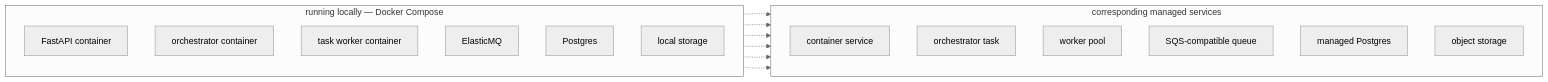
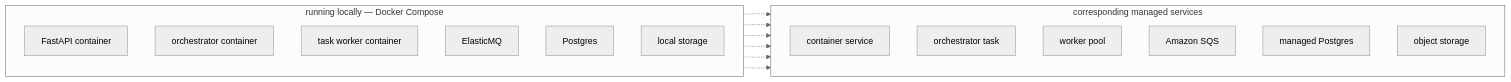
One commit to ebrahimAlhaddad/agentics-multi-agent-system changed the first of 15 diagrams in DESIGN.md. Above: the diagram before and after it, drawn with Mermaid (neutral theme). The commit also changed other lines of this file and 2 other files, not shown here.

````diff
--- a/DESIGN.md
+++ b/DESIGN.md
@@ -139,29 +148,29 @@
 ```mermaid
 flowchart LR
   subgraph LOCAL["running locally — Docker Compose"]
     direction TB
     L1["FastAPI container"]
     L2["orchestrator container"]
     L3["task worker container"]
     L4["ElasticMQ"]
     L5["Postgres"]
     L6["local storage"]
   end
 
   subgraph TARGET["corresponding managed services"]
     direction TB
     A1["container service"]
     A2["orchestrator task"]
     A3["worker pool"]
-    A4["SQS-compatible queue"]
+    A4["Amazon SQS"]
     A5["managed Postgres"]
     A6["object storage"]
   end
 
   L1 -.-> A1
   L2 -.-> A2
   L3 -.-> A3
   L4 -.-> A4
   L5 -.-> A5
   L6 -.-> A6
 ```
````
